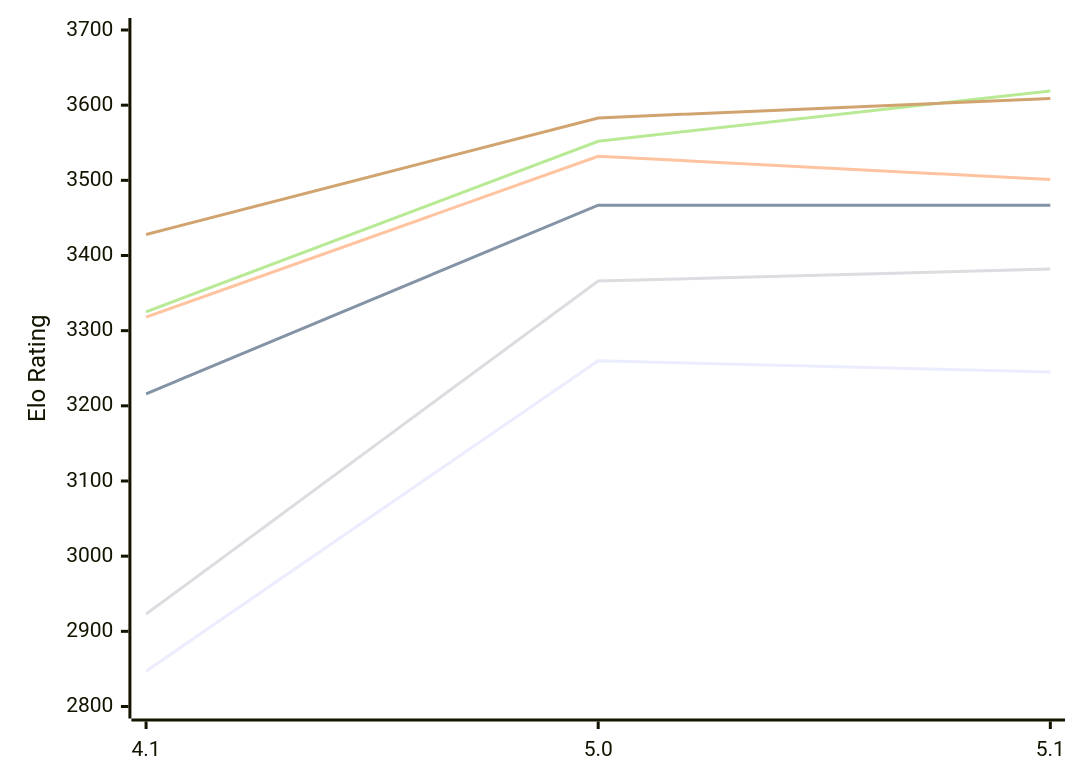
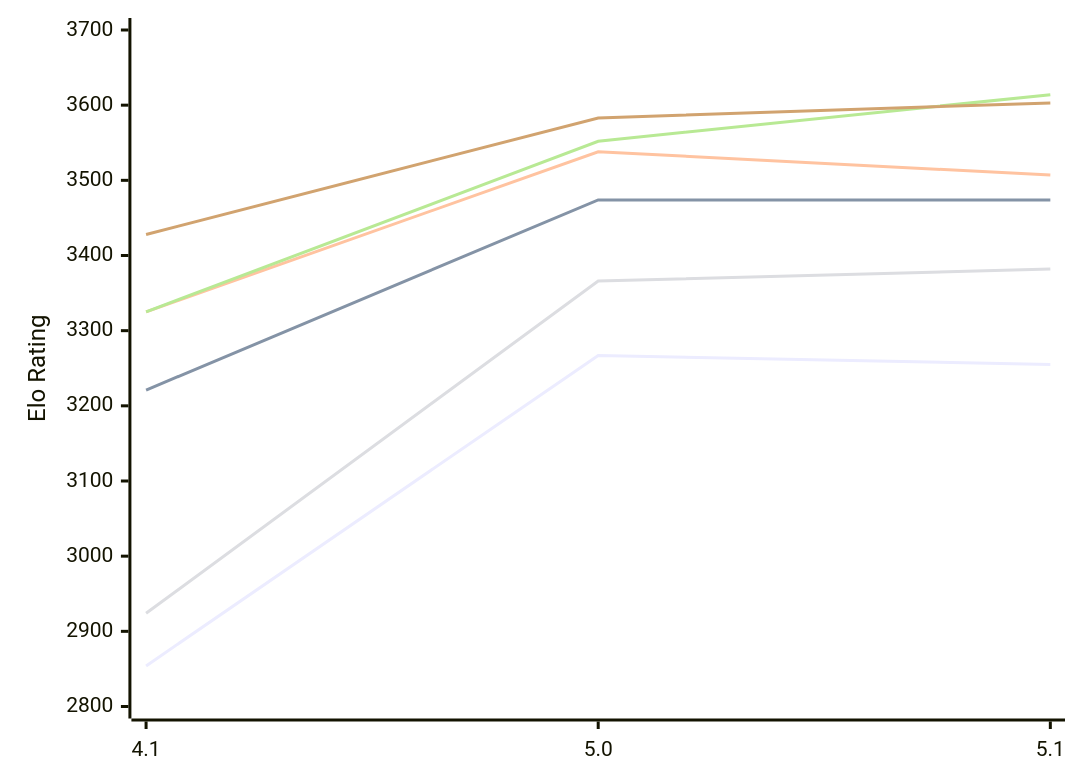
The diagram in engines/NarcNext.md (computer-chess-index/cci), drawn with Mermaid before and after one commit. The commit also changed other lines of this file, not shown here.

Commit message:
Update CCI Ratings (ELO VLTC) - 2026-11-10

````diff
--- a/engines/NarcNext.md
+++ b/engines/NarcNext.md
@@ -51,12 +51,12 @@
 ```mermaid
 %%{init: {"theme":"base","themeVariables":{"seriesColors:['#a3a3a3','#222221','#faa371']}}}%%
 xychart-beta
   x-axis ["4.1", "5.0", "5.1"]
   y-axis "Elo Rating" 2800 --> 3700
-  line "E1: STC (8.0+0.08s)" [2847, 3260, 3245]
-  line "E1: LTC (60.0+0.60s)" [3216, 3467, 3467]
-  line "E1: VLTC (2m24s+1.12s)" [3318, 3532, 3501]
-  line "P1: STC (8.0+0.08s)" [2923, 3366, 3382]
-  line "P1: LTC (60.0+0.60s)" [3325, 3552, 3619]
-  line "P1: VLTC (2m24s+1.12s)" [3428, 3583, 3609]
+  line "E1: STC (8.0+0.08s)" [2854, 3267, 3255]
+  line "E1: LTC (60.0+0.60s)" [3221, 3474, 3474]
+  line "E1: VLTC (2m24s+1.12s)" [3325, 3538, 3507]
+  line "P1: STC (8.0+0.08s)" [2924, 3366, 3382]
+  line "P1: LTC (60.0+0.60s)" [3325, 3552, 3614]
+  line "P1: VLTC (2m24s+1.12s)" [3428, 3583, 3603]
 ```
````
